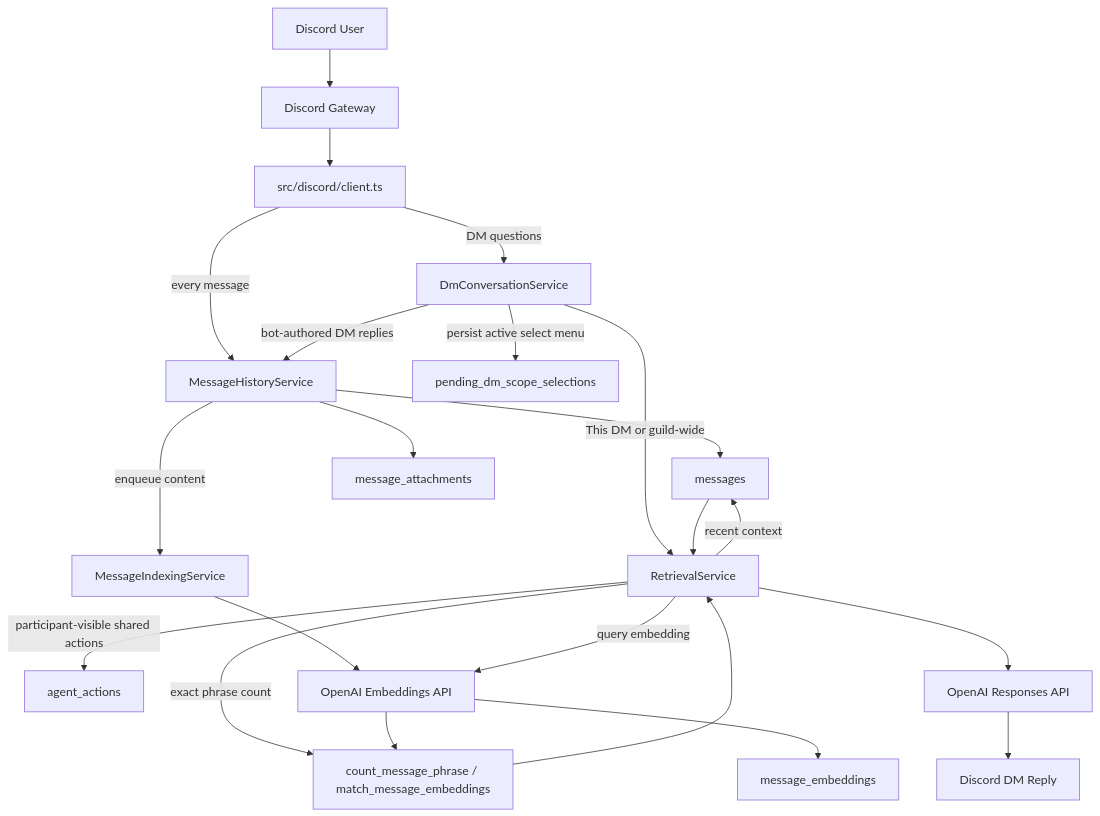
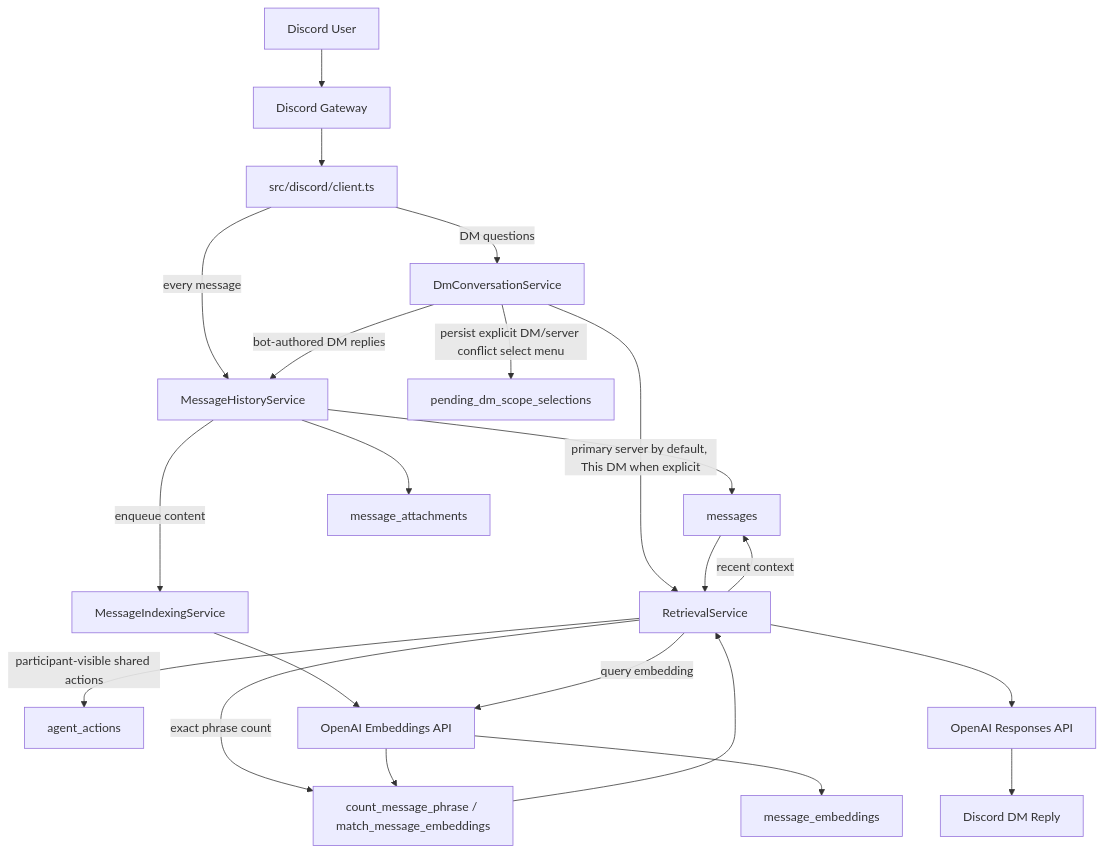
The diagram in docs/diagrams/dm-retrieval-flow.md (gOps132/GigiDC), drawn with Mermaid before and after one commit. The commit also changed other lines of this file and 6 other files, not shown here.

Commit message:
feat: make dm retrieval primary-server first

````diff
--- a/docs/diagrams/dm-retrieval-flow.md
+++ b/docs/diagrams/dm-retrieval-flow.md
@@ -10,45 +10,45 @@
 ```mermaid
 flowchart TD
   User["Discord User"]
   Discord["Discord Gateway"]
   Client["src/discord/client.ts"]
   History["MessageHistoryService"]
   Queue["MessageIndexingService"]
   Scope["DmConversationService"]
   Retrieval["RetrievalService"]
   Actions["agent_actions"]
   Responses["OpenAI Responses API"]
   Embeddings["OpenAI Embeddings API"]
   Pending["pending_dm_scope_selections"]
   Messages["messages"]
   Attachments["message_attachments"]
   Vectors["message_embeddings"]
   RPC["count_message_phrase / match_message_embeddings"]
   Reply["Discord DM Reply"]
 
   User --> Discord
   Discord --> Client
 
   Client -->|"every message"| History
   History --> Messages
   History --> Attachments
   History -->|"enqueue content"| Queue
   Queue --> Embeddings
   Embeddings --> Vectors
 
   Client -->|"DM questions"| Scope
-  Scope -->|"persist active select menu"| Pending
+  Scope -->|"persist explicit DM/server conflict select menu"| Pending
   Scope -->|"bot-authored DM replies"| History
-  Scope -->|"This DM or guild-wide"| Retrieval
+  Scope -->|"primary server by default, This DM when explicit"| Retrieval
 
   Retrieval -->|"exact phrase count"| RPC
   Retrieval -->|"recent context"| Messages
   Retrieval -->|"participant-visible shared actions"| Actions
   Retrieval -->|"query embedding"| Embeddings
   Embeddings --> RPC
   RPC --> Retrieval
   Messages --> Retrieval
 
   Retrieval --> Responses
   Responses --> Reply
 ```
````
